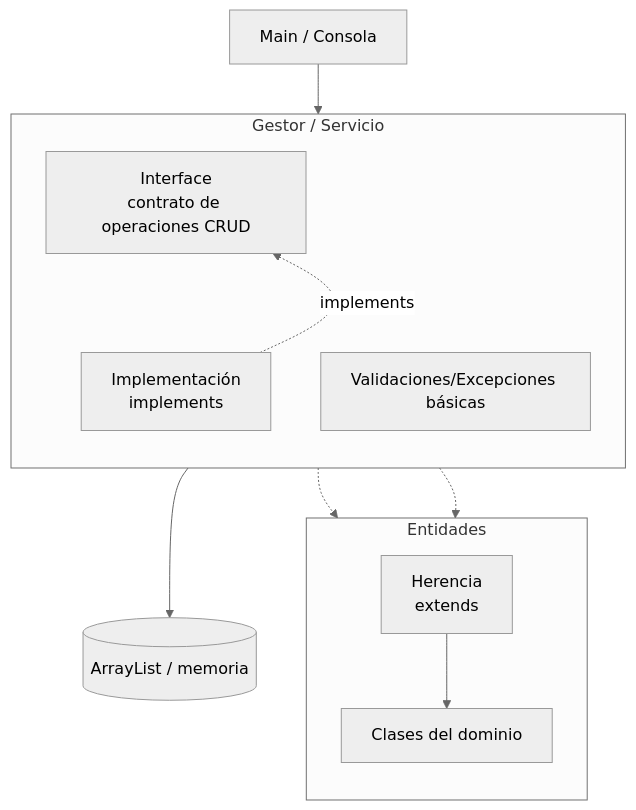
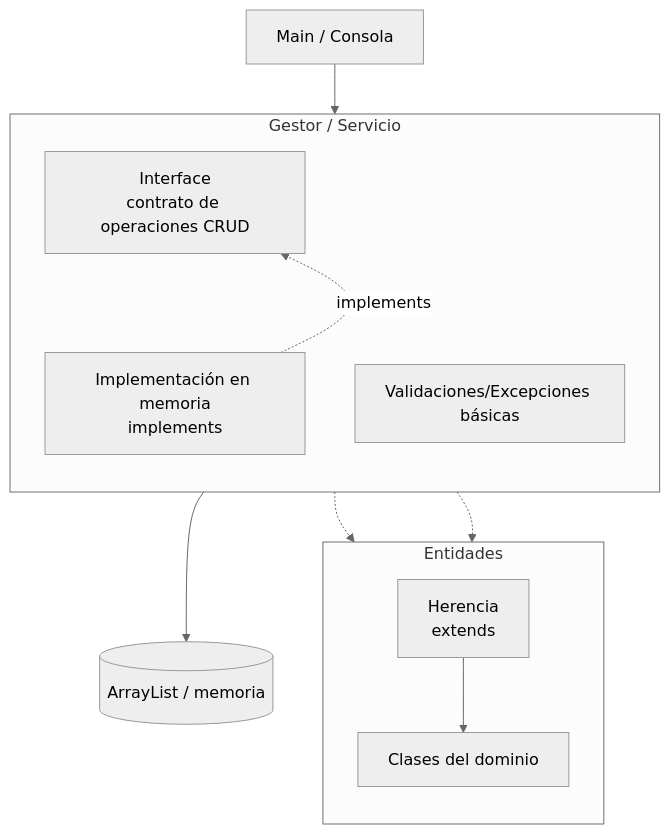
One commit to 262poo/comarket changed the first of 3 diagrams in docs/index.md. Above: the diagram before and after it, drawn with Mermaid (neutral theme). The commit also changed other lines of this file and 7 other files, not shown here.

````diff
--- a/docs/index.md
+++ b/docs/index.md
@@ -70,27 +70,27 @@
 ```mermaid
 flowchart TB
     Main["Main / Consola"]
 
     subgraph ServiceU1["Gestor / Servicio"]
         direction TB
         InterfaceU1["Interface<br/>contrato de operaciones CRUD"]
-        ImplementacionU1["Implementación<br/>implements"]
+        ImplementacionU1["Implementación en memoria<br/>implements"]
         ValidacionesU1["Validaciones/Excepciones básicas"]
     end
 
     subgraph EntitiesU1["Entidades"]
         direction TB
         HerenciaU1["Herencia<br/>extends"]
         ClasesU1["Clases del dominio"]
     end
 
     MemoriaU1[("ArrayList / memoria")]
 
     Main --> InterfaceU1
     InterfaceU1 ~~~ ImplementacionU1
     ImplementacionU1 -. implements .-> InterfaceU1
     InterfaceU1 -.-> EntitiesU1
     ImplementacionU1 -.-> EntitiesU1
     HerenciaU1 --> ClasesU1
     ImplementacionU1 --> MemoriaU1
 ```
````
